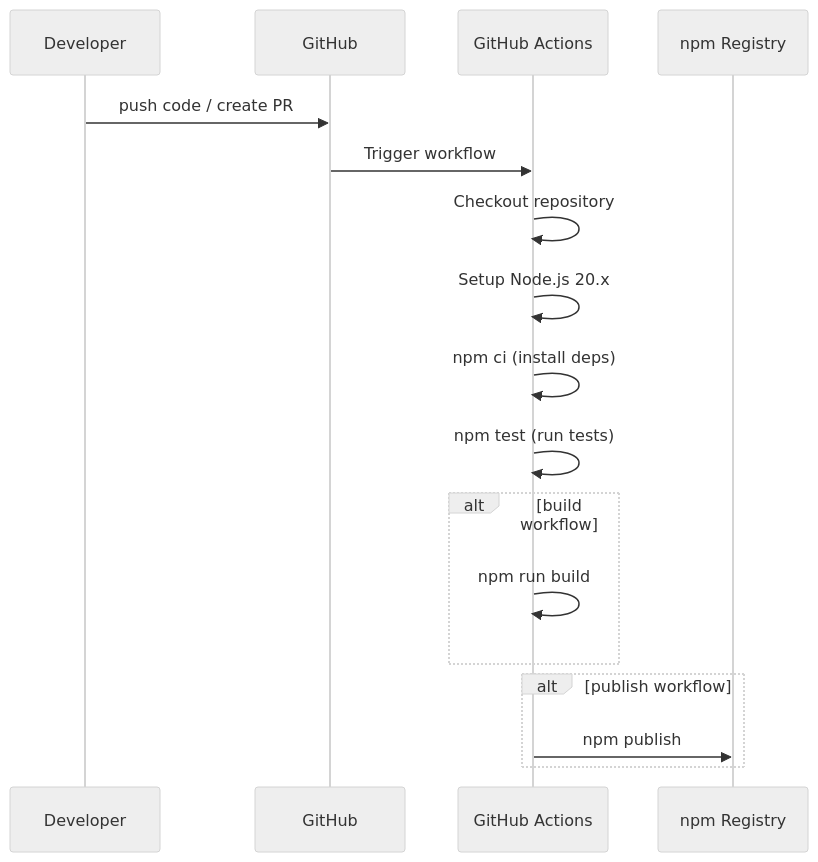
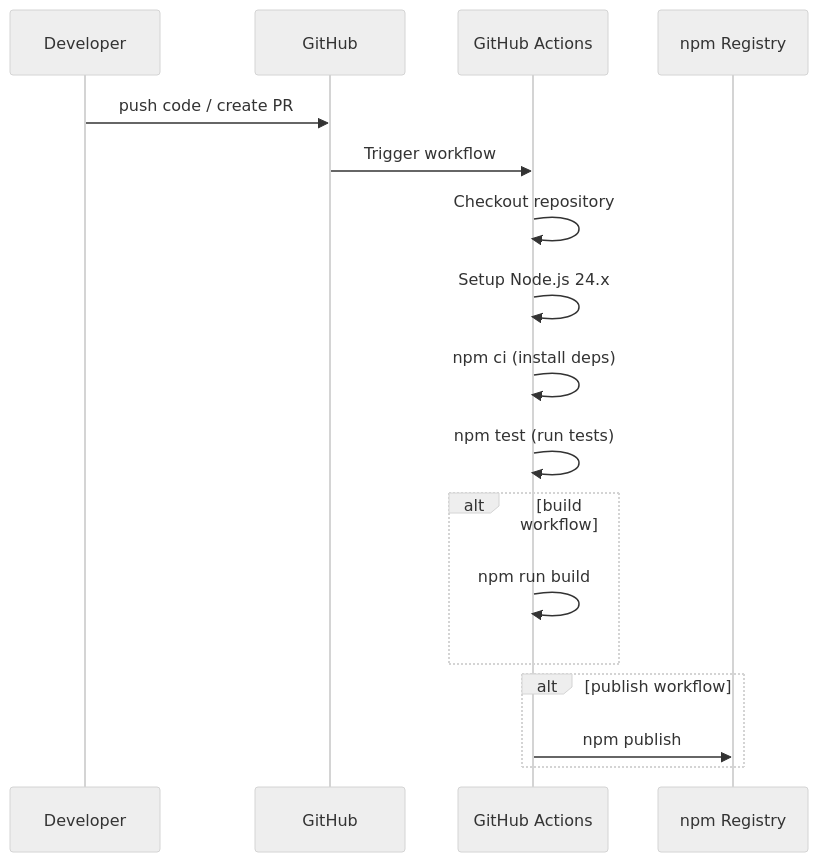
Before and after one commit to gjchentw/opfs-cloud-file: the fourth of 13 diagrams in openspec/specs/infrastructure/spec.md, drawn with Mermaid (neutral theme). The commit also changed other lines of this file and 23 other files, not shown here.

````diff
--- a/openspec/specs/infrastructure/spec.md
+++ b/openspec/specs/infrastructure/spec.md
@@ -181,20 +181,20 @@
 ```mermaid
 sequenceDiagram
     participant Dev as Developer
     participant GH as GitHub
     participant GA as GitHub Actions
     participant npm as npm Registry
     
     Dev->>GH: push code / create PR
     GH->>GA: Trigger workflow
     GA->>GA: Checkout repository
-    GA->>GA: Setup Node.js 20.x
+    GA->>GA: Setup Node.js 24.x
     GA->>GA: npm ci (install deps)
     GA->>GA: npm test (run tests)
     alt build workflow
         GA->>GA: npm run build
     end
     alt publish workflow
         GA->>npm: npm publish
     end
 ```
````
